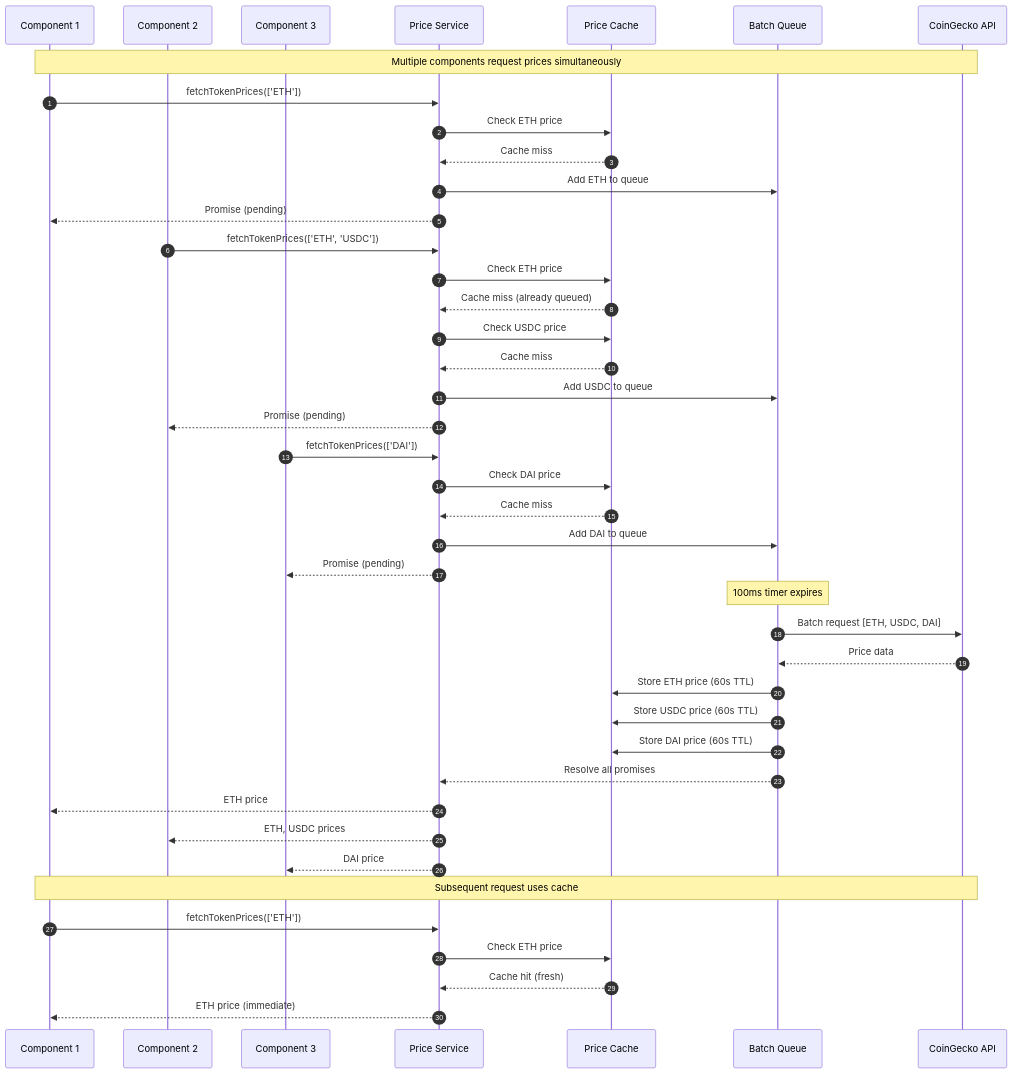
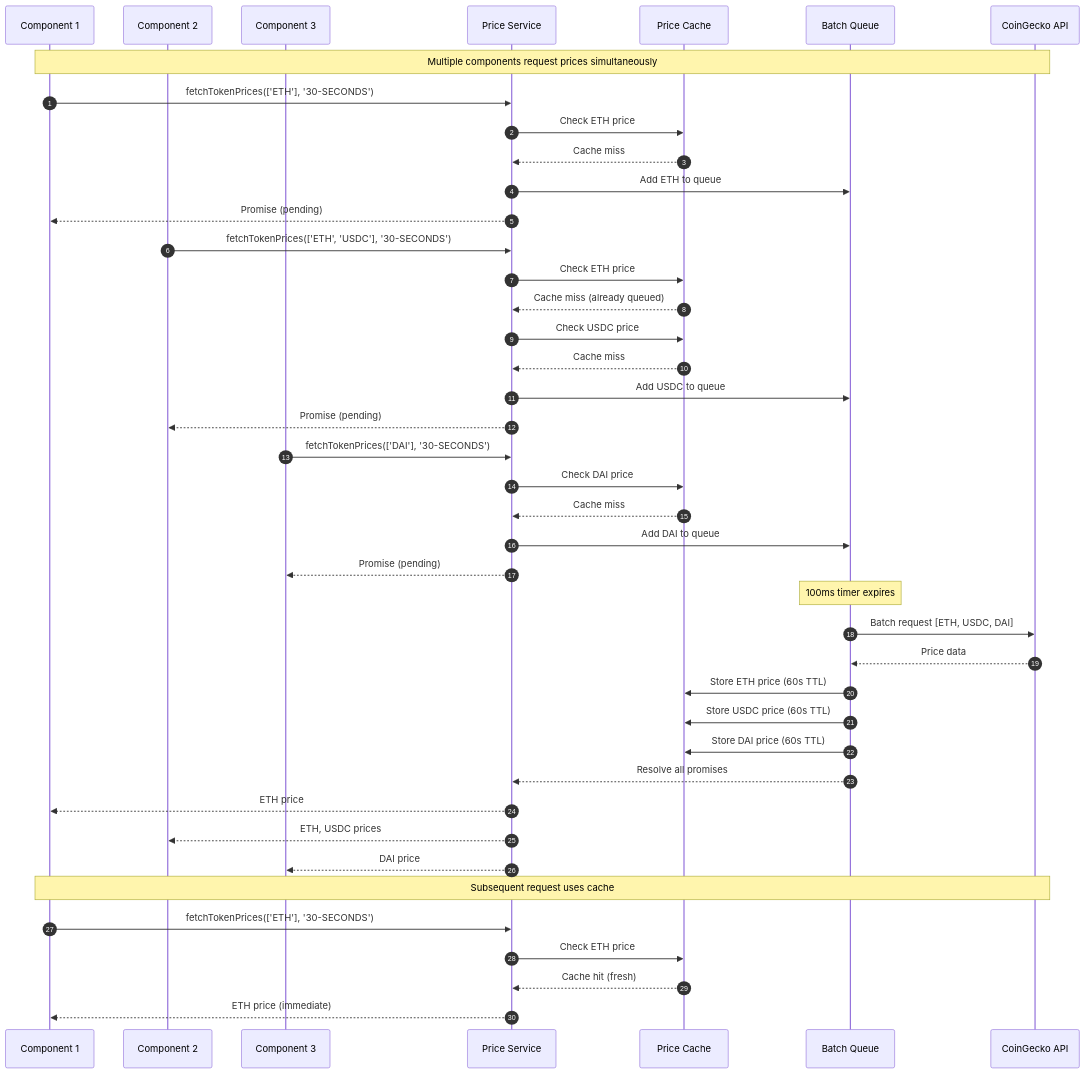
The fourth of 4 diagrams in docs/diagrams/mermaid/sequence-diagrams.md (derrek-b/fum_project), drawn with Mermaid before and after one commit. The commit also changed other lines of this file and 18 other files, not shown here.

````diff
--- a/docs/diagrams/mermaid/sequence-diagrams.md
+++ b/docs/diagrams/mermaid/sequence-diagrams.md
@@ -192,54 +192,54 @@
 ```mermaid
 sequenceDiagram
     autonumber
     participant C1 as Component 1
     participant C2 as Component 2
     participant C3 as Component 3
     participant PS as Price Service
     participant Cache as Price Cache
     participant Batch as Batch Queue
     participant API as CoinGecko API
     
     Note over C1, API: Multiple components request prices simultaneously
     
-    C1->>PS: fetchTokenPrices(['ETH'])
+    C1->>PS: fetchTokenPrices(['ETH'], '30-SECONDS')
     PS->>Cache: Check ETH price
     Cache-->>PS: Cache miss
     PS->>Batch: Add ETH to queue
     PS-->>C1: Promise (pending)
     
-    C2->>PS: fetchTokenPrices(['ETH', 'USDC'])
+    C2->>PS: fetchTokenPrices(['ETH', 'USDC'], '30-SECONDS')
     PS->>Cache: Check ETH price
     Cache-->>PS: Cache miss (already queued)
     PS->>Cache: Check USDC price
     Cache-->>PS: Cache miss
     PS->>Batch: Add USDC to queue
     PS-->>C2: Promise (pending)
     
-    C3->>PS: fetchTokenPrices(['DAI'])
+    C3->>PS: fetchTokenPrices(['DAI'], '30-SECONDS')
     PS->>Cache: Check DAI price
     Cache-->>PS: Cache miss
     PS->>Batch: Add DAI to queue
     PS-->>C3: Promise (pending)
     
     Note over Batch: 100ms timer expires
     
     Batch->>API: Batch request [ETH, USDC, DAI]
     API-->>Batch: Price data
     
     Batch->>Cache: Store ETH price (60s TTL)
     Batch->>Cache: Store USDC price (60s TTL)
     Batch->>Cache: Store DAI price (60s TTL)
     
     Batch-->>PS: Resolve all promises
     PS-->>C1: ETH price
     PS-->>C2: ETH, USDC prices
     PS-->>C3: DAI price
     
     Note over C1, API: Subsequent request uses cache
     
-    C1->>PS: fetchTokenPrices(['ETH'])
+    C1->>PS: fetchTokenPrices(['ETH'], '30-SECONDS')
     PS->>Cache: Check ETH price
     Cache-->>PS: Cache hit (fresh)
     PS-->>C1: ETH price (immediate)
 ```
````
